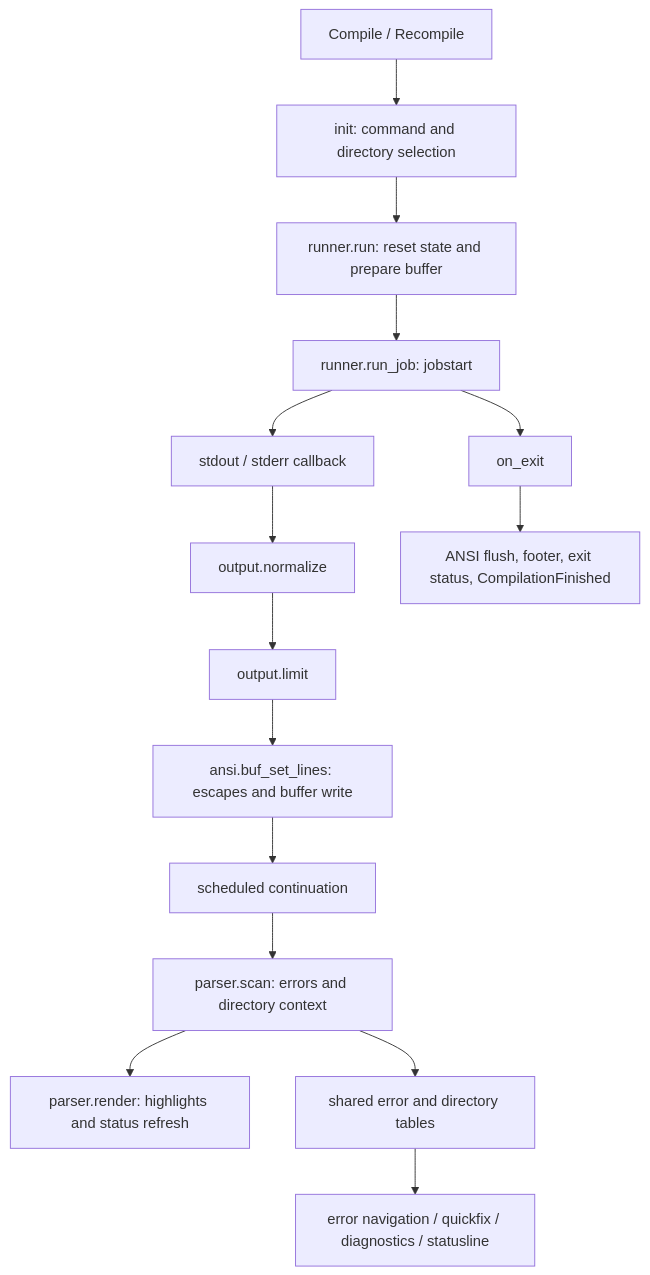
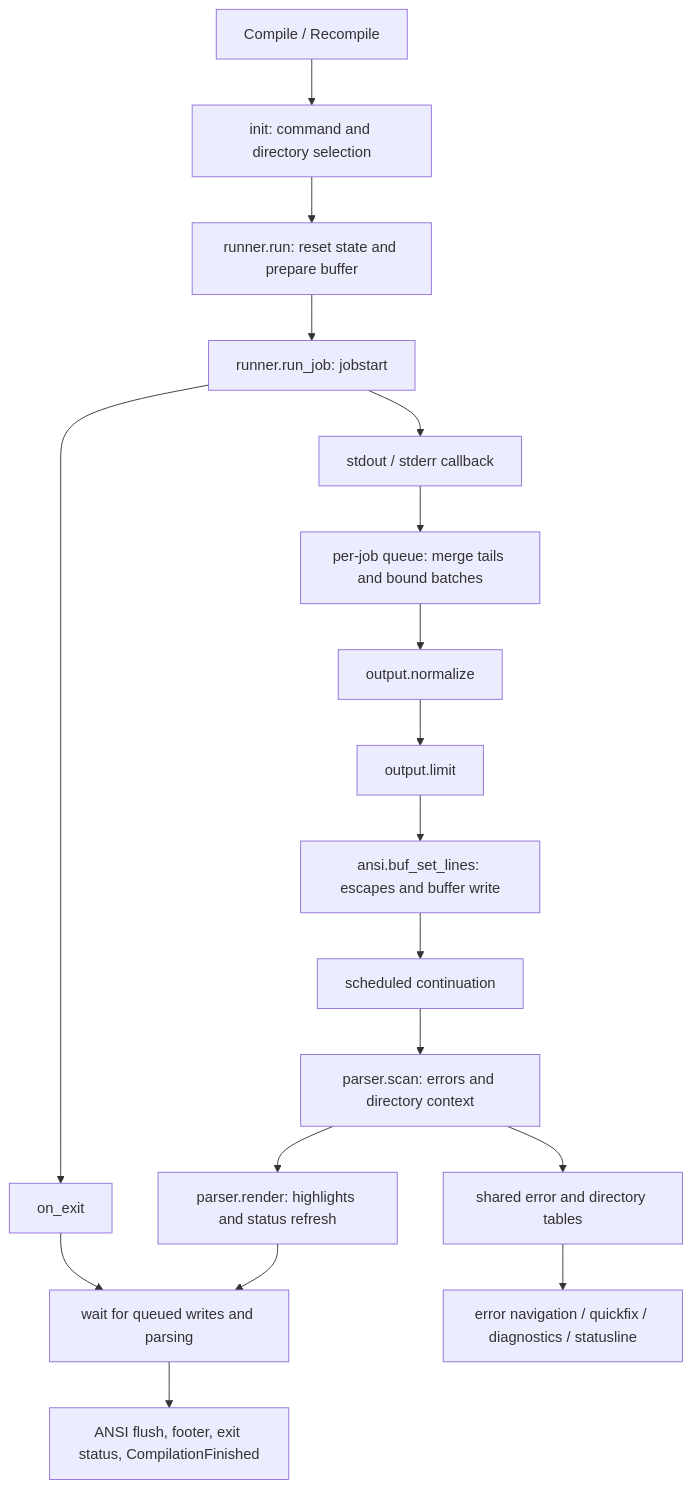
One commit to arusuki/compile-mode.nvim changed the diagram in doc/architecture.md. Above: the diagram before and after it, drawn with Mermaid. The commit also changed other lines of this file and 18 other files, not shown here.

````diff
--- a/doc/architecture.md
+++ b/doc/architecture.md
@@ -33,17 +33,20 @@
 ```mermaid
 flowchart TD
     command[Compile / Recompile] --> entry[init: command and directory selection]
     entry --> run[runner.run: reset state and prepare buffer]
     run --> job[runner.run_job: jobstart]
     job --> chunk[stdout / stderr callback]
-    chunk --> normalize[output.normalize]
+    chunk --> queue[per-job queue: merge tails and bound batches]
+    queue --> normalize[output.normalize]
     normalize --> limit[output.limit]
     limit --> ansi[ansi.buf_set_lines: escapes and buffer write]
     ansi --> wait[scheduled continuation]
     wait --> scan[parser.scan: errors and directory context]
     scan --> render[parser.render: highlights and status refresh]
     job --> exit[on_exit]
-    exit --> finish[ANSI flush, footer, exit status, CompilationFinished]
+    exit --> drained[wait for queued writes and parsing]
+    render --> drained
+    drained --> finish[ANSI flush, footer, exit status, CompilationFinished]
     scan --> metadata[shared error and directory tables]
     metadata --> navigation[error navigation / quickfix / diagnostics / statusline]
 ```
````
